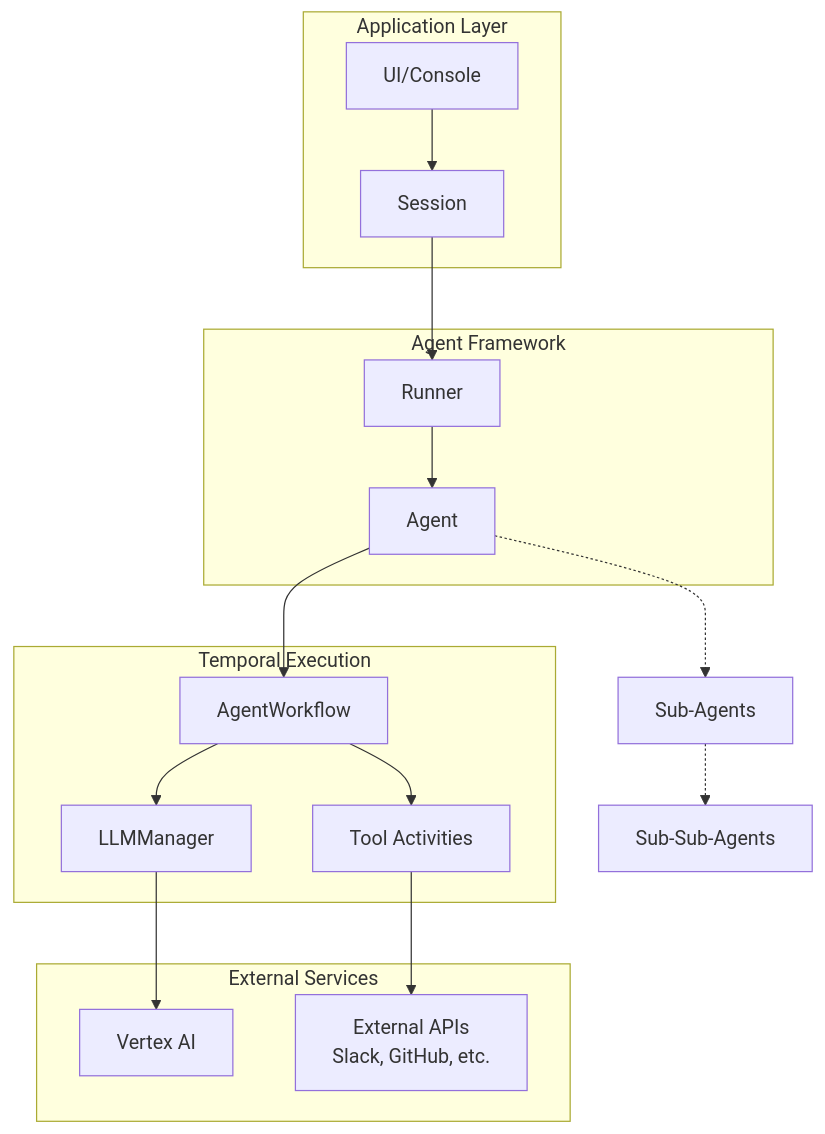
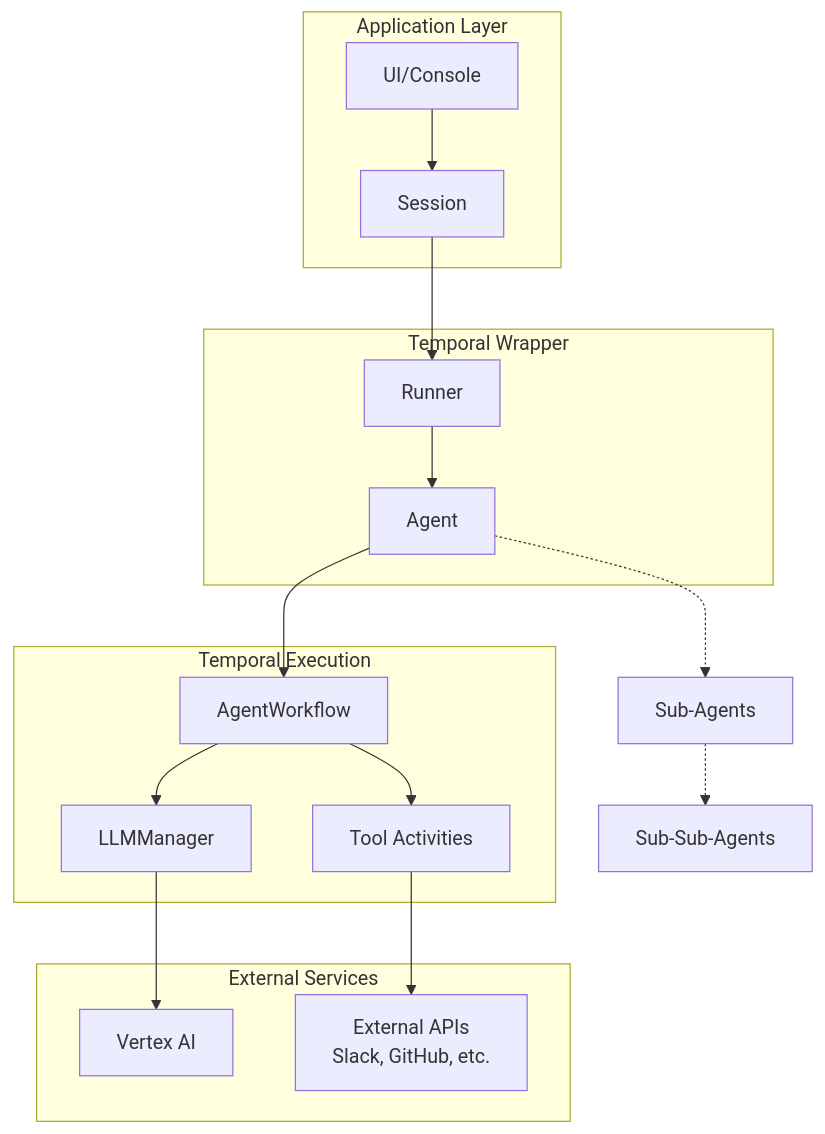
Before and after one commit to taonic/multi-agent-temporal: the diagram in README.md, drawn with Mermaid. The commit also changed other lines of this file and 2 other files, not shown here.

````diff
--- a/README.md
+++ b/README.md
@@ -16,35 +16,35 @@
 ```mermaid
 graph TB
     subgraph "Application Layer"
         Console[UI/Console]
         Session[Session]
     end
     
-    subgraph "Agent Framework"
+    subgraph "Temporal Wrapper"
         Agent[Agent]
         Runner[Runner]
     end
     
     subgraph "Temporal Execution"
         Workflow[AgentWorkflow]
         LLMManager[LLMManager]
         Activities[Tool Activities]
     end
     
     subgraph "External Services"
         LLM[Vertex AI]
         Tools[External APIs<br/>Slack, GitHub, etc.]
     end
     
     Console --> Session
     Session --> Runner
     Runner --> Agent
     Agent --> Workflow
     Workflow --> LLMManager
     Workflow --> Activities
     LLMManager --> LLM
     Activities --> Tools
     
     Agent -.-> Agent2[Sub-Agents]
     Agent2 -.-> Agent3[Sub-Sub-Agents]
 ```
````
